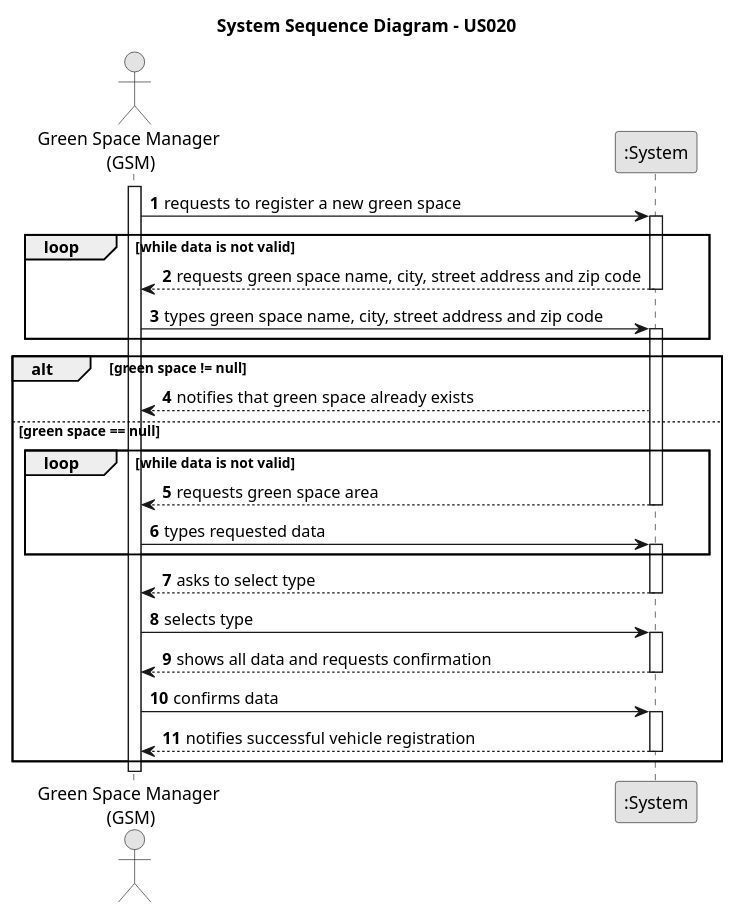
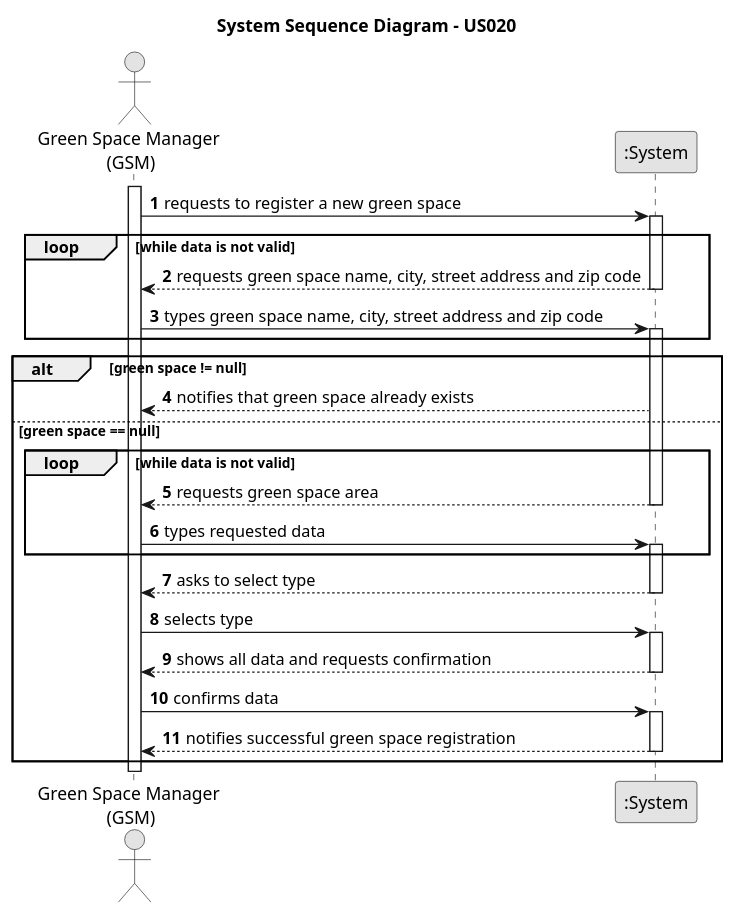
One commit to RicardoMorim/lapr2-ISEP-Project changed the diagram in docs/sprintC/us020/01.requirements-engineering/puml/us020-alternative-one.puml. Above: the diagram before and after it, drawn with PlantUML. The commit also changed 63 other files, not shown here.

```diff
--- a/docs/sprintC/us020/01.requirements-engineering/puml/us020-alternative-one.puml
+++ b/docs/sprintC/us020/01.requirements-engineering/puml/us020-alternative-one.puml
@@ -1,46 +1,46 @@
 @startuml
 skinparam monochrome true
 skinparam packageStyle rectangle
 skinparam shadowing false
 
 title System Sequence Diagram - US020
 
 autonumber
 
 actor "Green Space Manager \n(GSM)" as GRM
 participant ":System" as System
 
 activate GRM
 
 GRM -> System : requests to register a new green space
 activate System
 loop while data is not valid
 System --> GRM : requests green space name, city, street address and zip code
 deactivate System
 GRM -> System : types green space name, city, street address and zip code
 activate System
 end
 alt green space != null
     System --> GRM : notifies that green space already exists
     else green space == null
     loop while data is not valid
     System --> GRM : requests green space area
 
 deactivate System
     GRM -> System : types requested data
     activate System
     end
 
     System --> GRM : asks to select type
     deactivate System
     GRM -> System : selects type
     activate System
     System --> GRM : shows all data and requests confirmation
     deactivate System
 deactivate System
     GRM -> System : confirms data
     activate System
-    System --> GRM: notifies successful vehicle registration
+    System --> GRM: notifies successful green space registration
 deactivate System
 end
 @enduml
```
